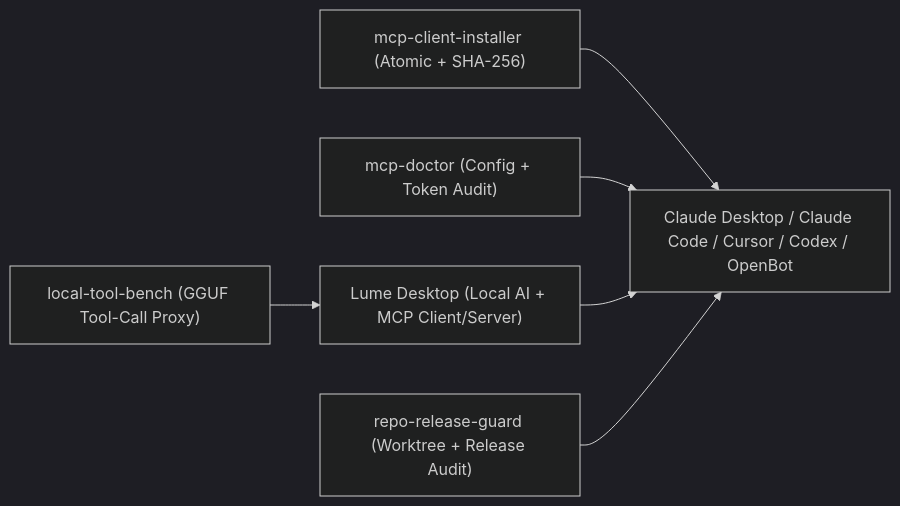
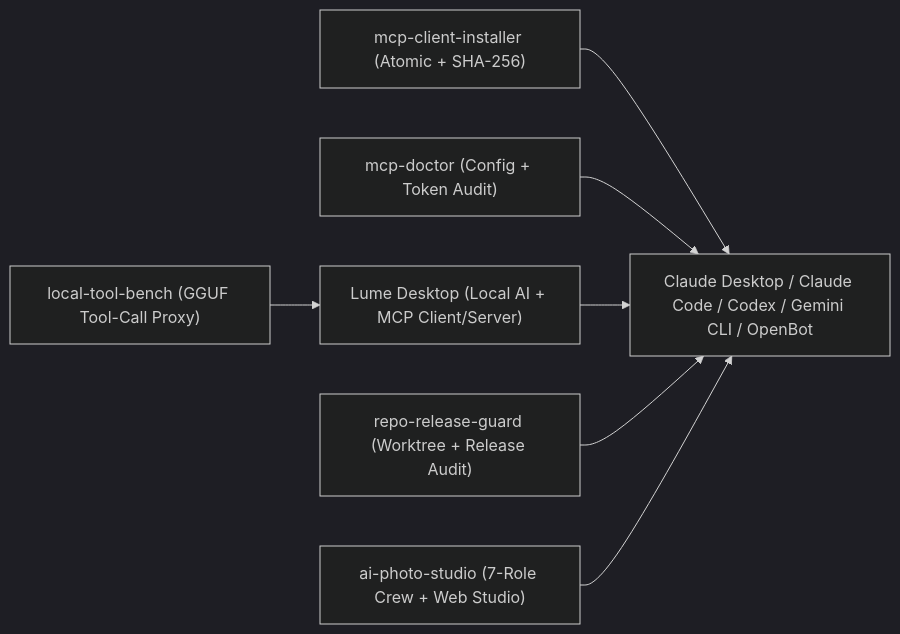
Before and after one commit to deusbr/deusbr: the diagram in README.md, drawn with Mermaid (dark theme). The commit also changed other lines of this file, not shown here.

Commit message:
docs: feature ai-photo-studio in profile README

````diff
--- a/README.md
+++ b/README.md
@@ -25,15 +26,17 @@
 ```mermaid
 flowchart LR
-  Clients["Claude Desktop / Claude Code / Cursor / Codex / OpenBot"]
+  Clients["Claude Desktop / Claude Code / Codex / Gemini CLI / OpenBot"]
   Installer["mcp-client-installer (Atomic + SHA-256)"]
   Doctor["mcp-doctor (Config + Token Audit)"]
   Lume["Lume Desktop (Local AI + MCP Client/Server)"]
   Bench["local-tool-bench (GGUF Tool-Call Proxy)"]
   Guard["repo-release-guard (Worktree + Release Audit)"]
+  Studio["ai-photo-studio (7-Role Crew + Web Studio)"]
 
   Installer --> Clients
   Doctor --> Clients
   Lume --> Clients
   Bench --> Lume
   Guard --> Clients
+  Studio --> Clients
 ```
````
